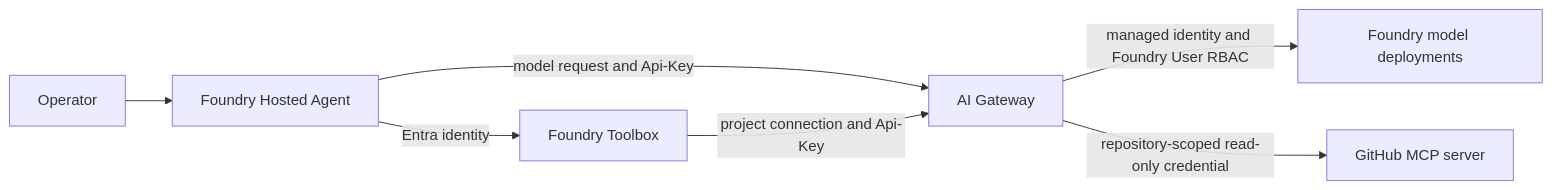
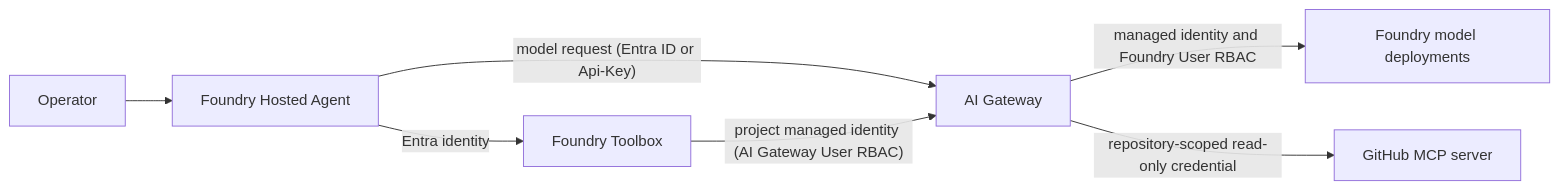
Before and after one commit to Azure-Samples/simple-foundry-hosted-agent-python-aigateway: the diagram in IMPLEMENTATION_NOTES.md, drawn with Mermaid. The commit also changed other lines of this file and 8 other files, not shown here.

First line of the commit message:
Use ProjectManagedIdentity for Foundry connections and fix AI Gateway MCP wire route (#33)

````diff
--- a/IMPLEMENTATION_NOTES.md
+++ b/IMPLEMENTATION_NOTES.md
@@ -41,16 +41,16 @@
 ```mermaid
 flowchart LR
   operator["Operator"]
   agent["Foundry Hosted Agent"]
   toolbox["Foundry Toolbox"]
   gateway["AI Gateway"]
   models["Foundry model deployments"]
   github["GitHub MCP server"]
 
   operator --> agent
-  agent -->|"model request and Api-Key"| gateway
+  agent -->|"model request (Entra ID or Api-Key)"| gateway
   agent -->|"Entra identity"| toolbox
-  toolbox -->|"project connection and Api-Key"| gateway
+  toolbox -->|"project managed identity (AI Gateway User RBAC)"| gateway
   gateway -->|"managed identity and Foundry User RBAC"| models
   gateway -->|"repository-scoped read-only credential"| github
 ```
````
